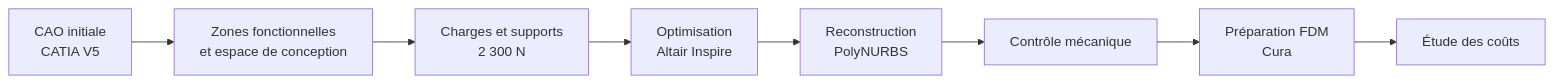
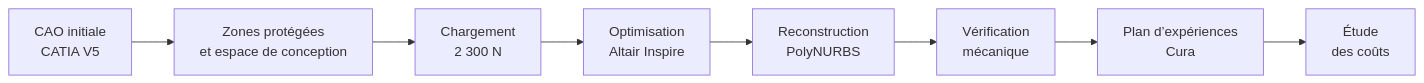
The diagram in README.md (elmokhtarrayadi/optimisation-topologique-aeronautique), drawn with Mermaid before and after one commit. The commit also changed other lines of this file and 7 other files, not shown here.

````diff
--- a/README.md
+++ b/README.md
@@ -77,10 +32,10 @@
 ```mermaid
 flowchart LR
-    A["CAO initiale<br/>CATIA V5"] --> B["Zones fonctionnelles<br/>et espace de conception"]
-    B --> C["Charges et supports<br/>2 300 N"]
+    A["CAO initiale<br/>CATIA V5"] --> B["Zones protégées<br/>et espace de conception"]
+    B --> C["Chargement<br/>2 300 N"]
     C --> D["Optimisation<br/>Altair Inspire"]
     D --> E["Reconstruction<br/>PolyNURBS"]
-    E --> F["Contrôle mécanique"]
-    F --> G["Préparation FDM<br/>Cura"]
-    G --> H["Étude des coûts"]
+    E --> F["Vérification<br/>mécanique"]
+    F --> G["Plan d’expériences<br/>Cura"]
+    G --> H["Étude<br/>des coûts"]
 ```
````
